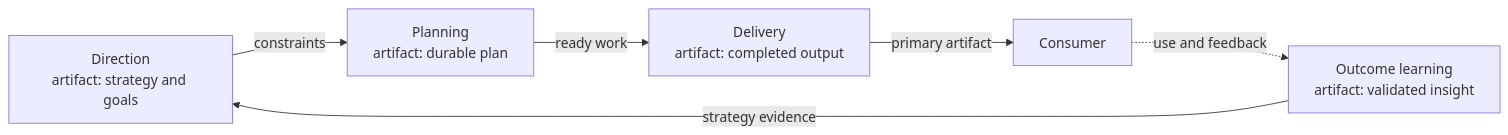
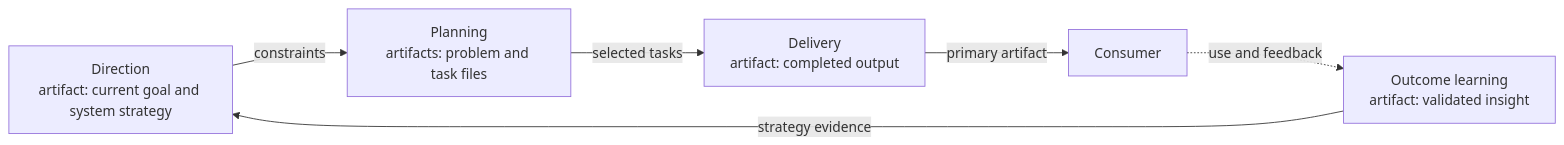
Before and after one commit to flooper68/adaptive-problem-solving-systems: the second of 5 diagrams in framework/VISUALIZATION.md, drawn with Mermaid. The commit also changed other lines of this file and 63 other files, not shown here.

Commit message:
feat: add goal-linked problem and task workflow

````diff
--- a/framework/VISUALIZATION.md
+++ b/framework/VISUALIZATION.md
@@ -46,14 +46,14 @@
 ```mermaid
 flowchart LR
-    direction["Direction\nartifact: strategy and goals"]
-    planning["Planning\nartifact: durable plan"]
+    direction["Direction\nartifact: current goal and system strategy"]
+    planning["Planning\nartifacts: problem and task files"]
     delivery["Delivery\nartifact: completed output"]
     consumer["Consumer"]
     learning["Outcome learning\nartifact: validated insight"]
 
     direction -->|"constraints"| planning
-    planning -->|"ready work"| delivery
+    planning -->|"selected tasks"| delivery
     delivery -->|"primary artifact"| consumer
     consumer -.->|"use and feedback"| learning
     learning -->|"strategy evidence"| direction
 ```
````
